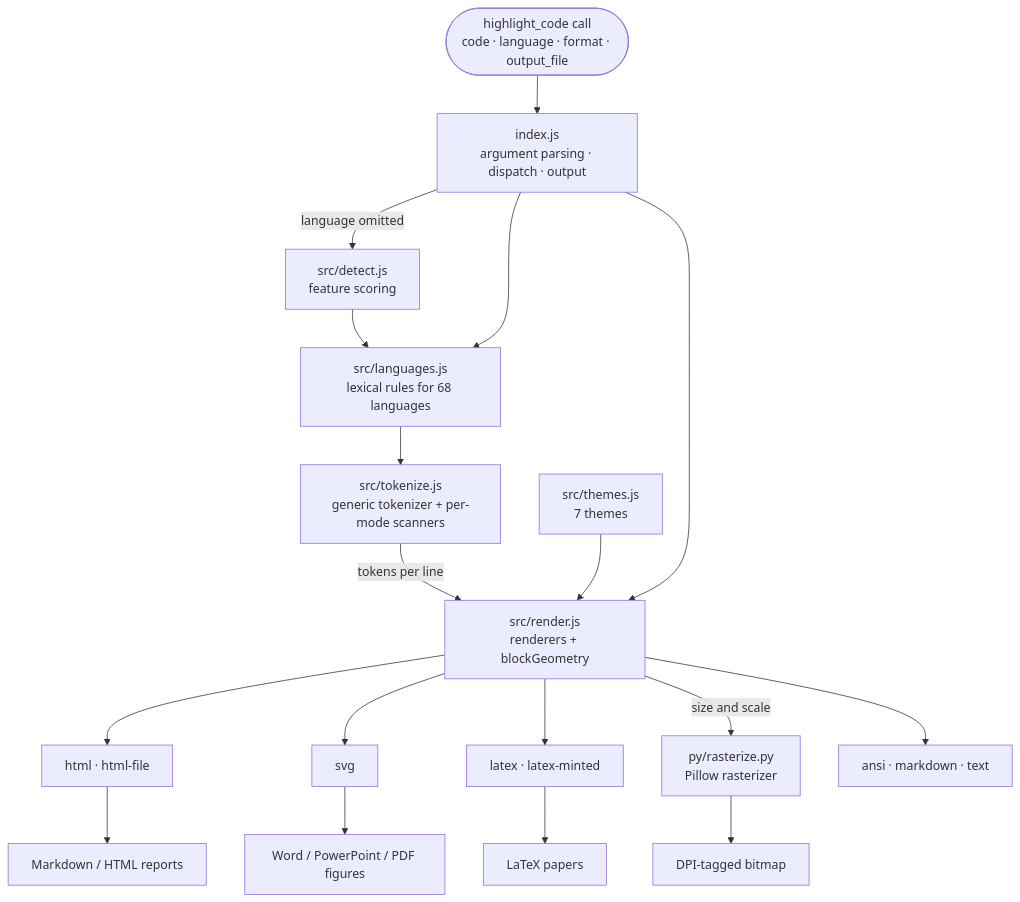
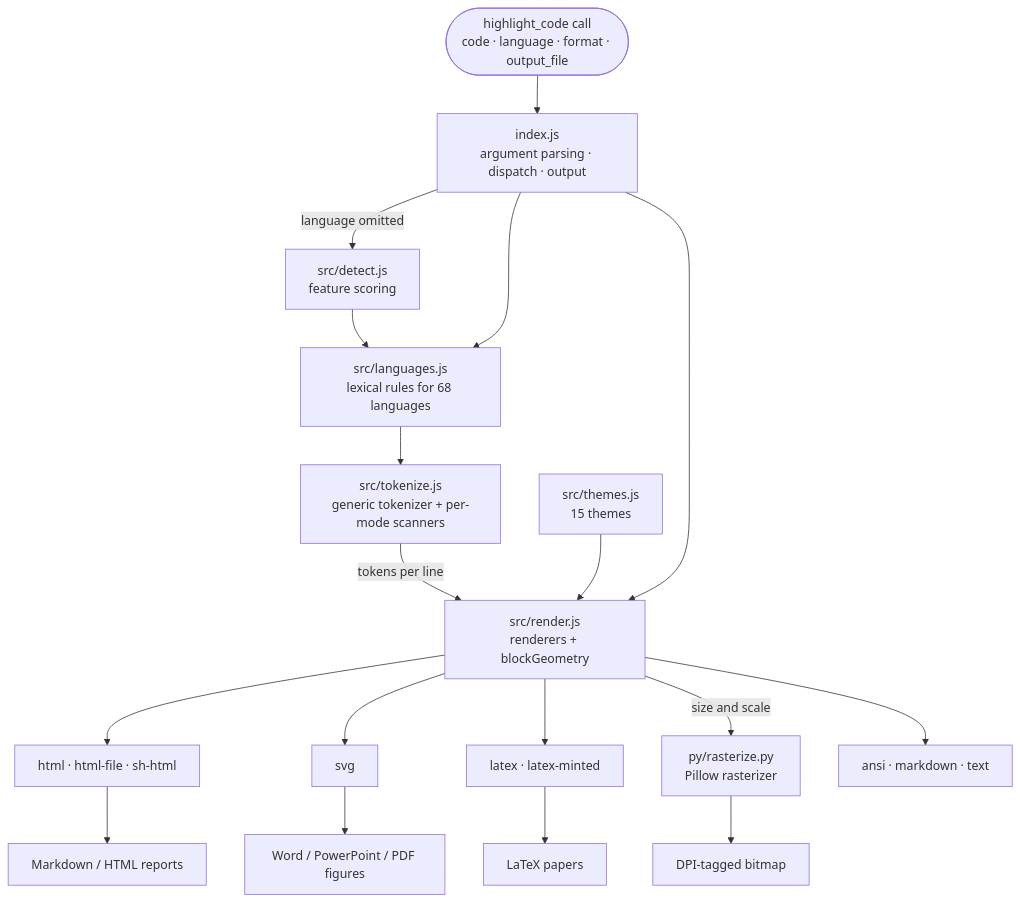
The first of 2 diagrams in README.en.md (scientificmaniac/dsh-code-highlight), drawn with Mermaid before and after one commit. The commit also changed other lines of this file and 14 other files, not shown here.

First line of the commit message:
feat: SyntaxHighlighter themes, codeinword HTML I/O, Word-friendly table output

````diff
--- a/README.en.md
+++ b/README.en.md
@@ -133,29 +138,29 @@
 ```mermaid
 flowchart TD
     invoke(["highlight_code call<br/>code · language · format · output_file"])
     entry["index.js<br/>argument parsing · dispatch · output"]
     detect["src/detect.js<br/>feature scoring"]
     langs["src/languages.js<br/>lexical rules for 68 languages"]
     tokenize["src/tokenize.js<br/>generic tokenizer + per-mode scanners"]
-    themes["src/themes.js<br/>7 themes"]
+    themes["src/themes.js<br/>15 themes"]
     render["src/render.js<br/>renderers + blockGeometry"]
     raster["py/rasterize.py<br/>Pillow rasterizer"]
 
     invoke --> entry
     entry -->|"language omitted"| detect
     detect --> langs
     entry --> langs
     langs --> tokenize
     tokenize -->|"tokens per line"| render
     themes --> render
     entry --> render
-    render --> f1["html · html-file"]
+    render --> f1["html · html-file · sh-html"]
     render --> f2["svg"]
     render --> f3["latex · latex-minted"]
     render --> f4["ansi · markdown · text"]
     render -->|"size and scale"| raster
     f1 --> d1["Markdown / HTML reports"]
     f2 --> d2["Word / PowerPoint / PDF figures"]
     f3 --> d3["LaTeX papers"]
     raster --> d4["DPI-tagged bitmap"]
 ```
````
